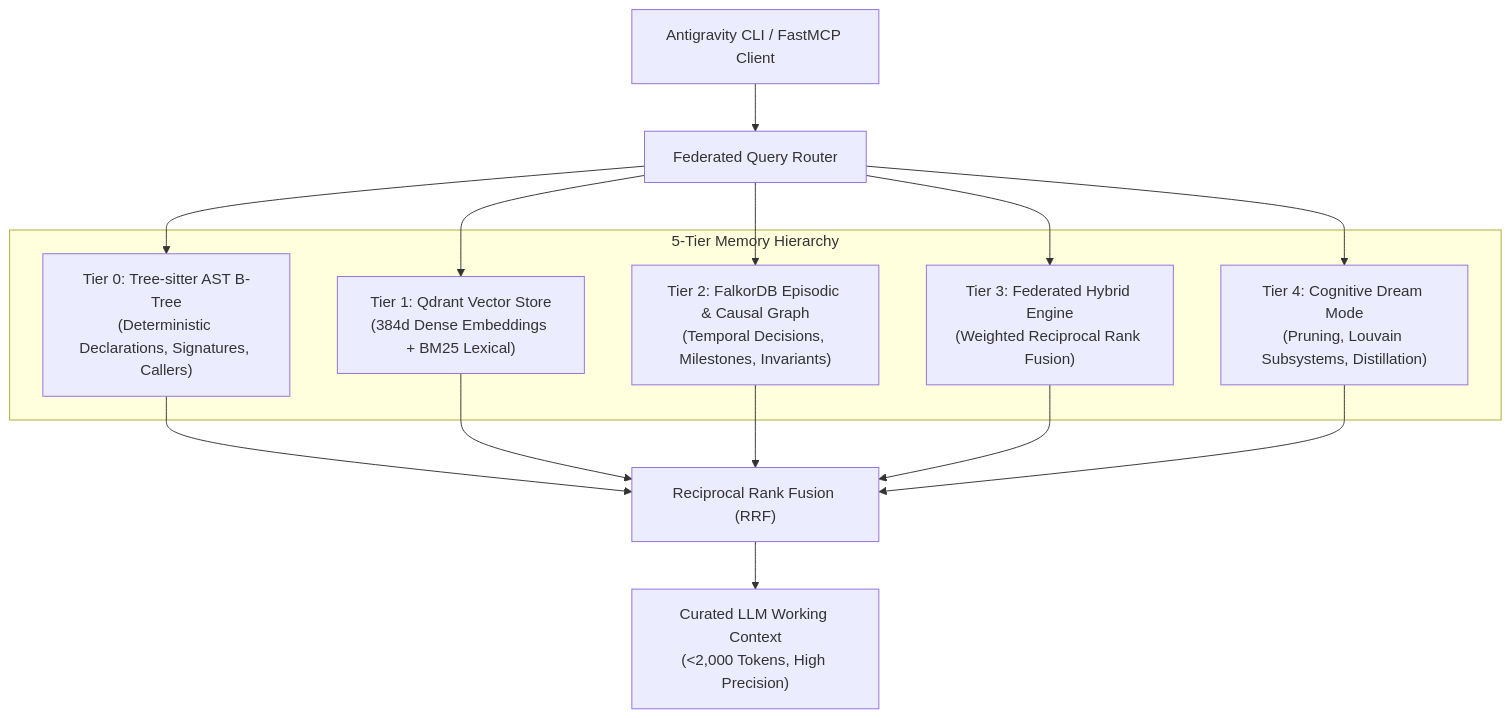
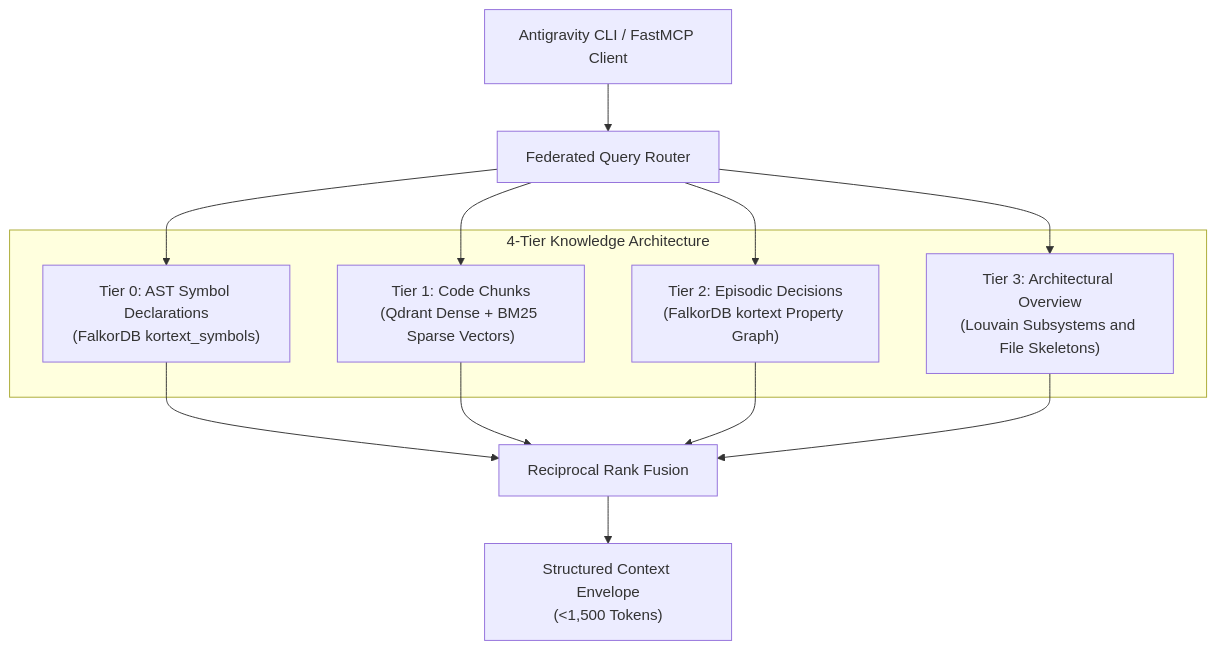
One commit to bravest-cat/kortext changed the first of 2 diagrams in docs/ARCHITECTURE.md. Above: the diagram before and after it, drawn with Mermaid. The commit also changed other lines of this file and 14 other files, not shown here.

````diff
--- a/docs/ARCHITECTURE.md
+++ b/docs/ARCHITECTURE.md
@@ -23,26 +23,23 @@
 ```mermaid
 flowchart TD
     Client["Antigravity CLI / FastMCP Client"] --> Router["Federated Query Router"]
 
-    subgraph MemoryHierarchy["5-Tier Memory Hierarchy"]
-        T0["Tier 0: Tree-sitter AST B-Tree\n(Deterministic Declarations, Signatures, Callers)"]
-        T1["Tier 1: Qdrant Vector Store\n(384d Dense Embeddings + BM25 Lexical)"]
-        T2["Tier 2: FalkorDB Episodic & Causal Graph\n(Temporal Decisions, Milestones, Invariants)"]
-        T3["Tier 3: Federated Hybrid Engine\n(Weighted Reciprocal Rank Fusion)"]
-        T4["Tier 4: Cognitive Dream Mode\n(Pruning, Louvain Subsystems, Distillation)"]
+    subgraph KnowledgeTiers["4-Tier Knowledge Architecture"]
+        T0["Tier 0: AST Symbol Declarations\n(FalkorDB kortext_symbols)"]
+        T1["Tier 1: Code Chunks\n(Qdrant Dense + BM25 Sparse Vectors)"]
+        T2["Tier 2: Episodic Decisions\n(FalkorDB kortext Property Graph)"]
+        T3["Tier 3: Architectural Overview\n(Louvain Subsystems and File Skeletons)"]
     end
 
     Router --> T0
     Router --> T1
     Router --> T2
     Router --> T3
-    Router --> T4
 
-    T0 --> RRF["Reciprocal Rank Fusion (RRF)"]
+    T0 --> RRF["Reciprocal Rank Fusion"]
     T1 --> RRF
     T2 --> RRF
     T3 --> RRF
-    T4 --> RRF
 
-    RRF --> ContextWindow["Curated LLM Working Context\n(<2,000 Tokens, High Precision)"]
+    RRF --> ContextWindow["Structured Context Envelope\n(<1,500 Tokens)"]
 ```
````
